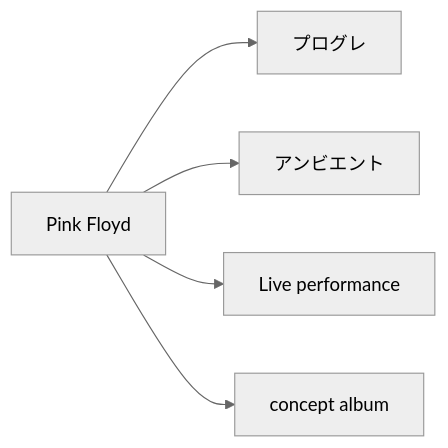
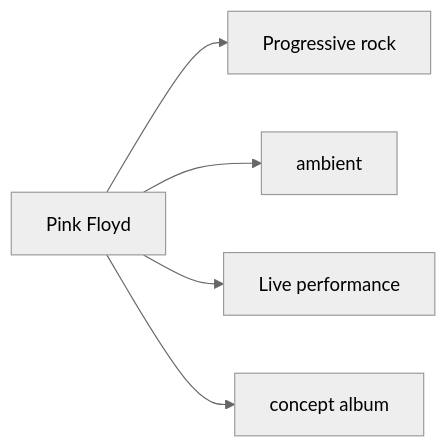
Before and after one commit to monumental-movement/monumental-movement.github.io: the sixth of 7 diagrams in en/_posts/2026-04-25-column-pink-floyd.md, drawn with Mermaid (neutral theme). The commit also changed other lines of this file and 851 other files, not shown here.

```diff
--- a/en/_posts/2026-04-25-column-pink-floyd.md
+++ b/en/_posts/2026-04-25-column-pink-floyd.md
@@ -184,7 +184,7 @@
 <div class="mermaid">
 graph LR
-    A[Pink Floyd] --> B[プログレ]
-    A --> C[アンビエント]
+    A[Pink Floyd] --> B[Progressive rock]
+    A --> C[ambient]
     A --> D[Live performance]
     A --> E[concept album]
 </div>
```
